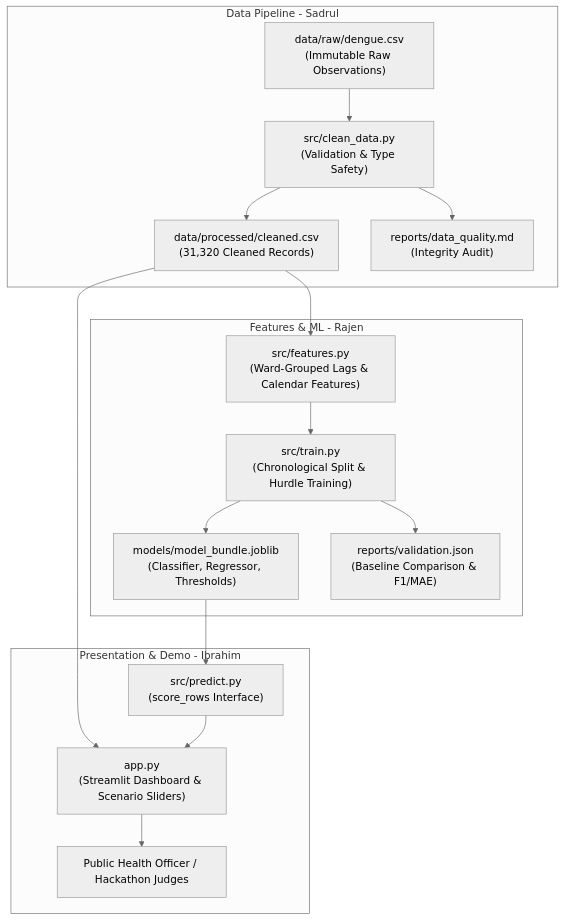
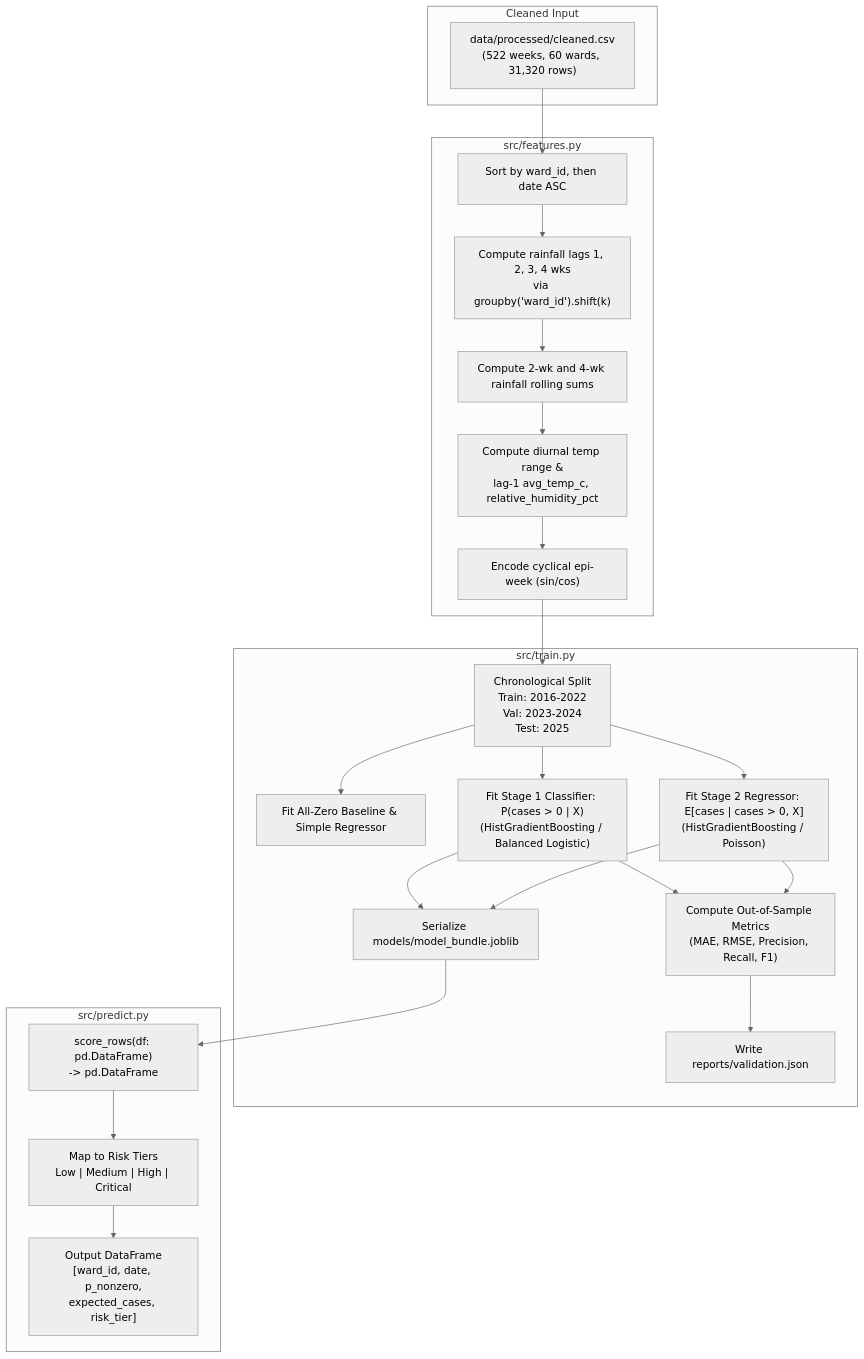
Before and after one commit to rajensr/Operation-Mosha: the diagram in design_draft.md, drawn with Mermaid (neutral theme). The commit also changed other lines of this file and 8 other files, not shown here.

Commit message:
Implement hurdle modeling MVP, lag feature pipeline, validation metrics, and inference contract

````diff
--- a/design_draft.md
+++ b/design_draft.md
@@ -83,34 +81,43 @@
 ```mermaid
 flowchart TD
-    subgraph Data Layer [Data Pipeline - Sadrul]
-        RawCSV["data/raw/dengue.csv\n(Immutable Raw Observations)"]
-        CleanScript["src/clean_data.py\n(Validation & Type Safety)"]
-        CleanCSV["data/processed/cleaned.csv\n(31,320 Cleaned Records)"]
-        DataReport["reports/data_quality.md\n(Integrity Audit)"]
-        RawCSV --> CleanScript
-        CleanScript --> CleanCSV
-        CleanScript --> DataReport
+    subgraph Input [Cleaned Input]
+        CleanCSV["data/processed/cleaned.csv\n(522 weeks, 60 wards, 31,320 rows)"]
     end
 
-    subgraph Feature & Modeling Layer [Features & ML - Rajen]
-        FeaturesMod["src/features.py\n(Ward-Grouped Lags & Calendar Features)"]
-        TrainScript["src/train.py\n(Chronological Split & Hurdle Training)"]
-        ModelBundle["models/model_bundle.joblib\n(Classifier, Regressor, Thresholds)"]
-        MetricsReport["reports/validation.json\n(Baseline Comparison & F1/MAE)"]
-        CleanCSV --> FeaturesMod
-        FeaturesMod --> TrainScript
-        TrainScript --> ModelBundle
-        TrainScript --> MetricsReport
+    subgraph FeatureEngineering [src/features.py]
+        Sort["Sort by ward_id, then date ASC"]
+        Lags["Compute rainfall lags 1, 2, 3, 4 wks\nvia groupby('ward_id').shift(k)"]
+        Sums["Compute 2-wk and 4-wk rainfall rolling sums"]
+        WeatherLags["Compute diurnal temp range &\nlag-1 avg_temp_c, relative_humidity_pct"]
+        Calendar["Encode cyclical epi-week (sin/cos)"]
+        CleanCSV --> Sort --> Lags --> Sums --> WeatherLags --> Calendar
     end
 
-    subgraph Inference & UI Layer [Presentation & Demo - Ibrahim]
-        PredictMod["src/predict.py\n(score_rows Interface)"]
-        StreamlitApp["app.py\n(Streamlit Dashboard & Scenario Sliders)"]
-        User["Public Health Officer / Hackathon Judges"]
+    subgraph TrainingPipeline [src/train.py]
+        Split["Chronological Split\nTrain: 2016-2022\nVal: 2023-2024\nTest: 2025"]
+        Baseline["Fit All-Zero Baseline & Simple Regressor"]
+        Stage1["Fit Stage 1 Classifier: P(cases > 0 | X)\n(HistGradientBoosting / Balanced Logistic)"]
+        Stage2["Fit Stage 2 Regressor: E[cases | cases > 0, X]\n(HistGradientBoosting / Poisson)"]
+        Eval["Compute Out-of-Sample Metrics\n(MAE, RMSE, Precision, Recall, F1)"]
+        Bundle["Serialize models/model_bundle.joblib"]
+        MetricsOut["Write reports/validation.json"]
 
-        ModelBundle --> PredictMod
-        CleanCSV --> StreamlitApp
-        PredictMod --> StreamlitApp
-        StreamlitApp --> User
+        Calendar --> Split
+        Split --> Baseline
+        Split --> Stage1
+        Split --> Stage2
+        Stage1 --> Eval
+        Stage2 --> Eval
+        Eval --> MetricsOut
+        Stage1 --> Bundle
+        Stage2 --> Bundle
+    end
+
+    subgraph InferenceService [src/predict.py]
+        ScoreRows["score_rows(df: pd.DataFrame)\n-> pd.DataFrame"]
+        RiskMapping["Map to Risk Tiers\nLow | Medium | High | Critical"]
+        Bundle --> ScoreRows
+        ScoreRows --> RiskMapping
+        RiskMapping --> OutputDF["Output DataFrame\n[ward_id, date, p_nonzero,\nexpected_cases, risk_tier]"]
     end
 ```
````
